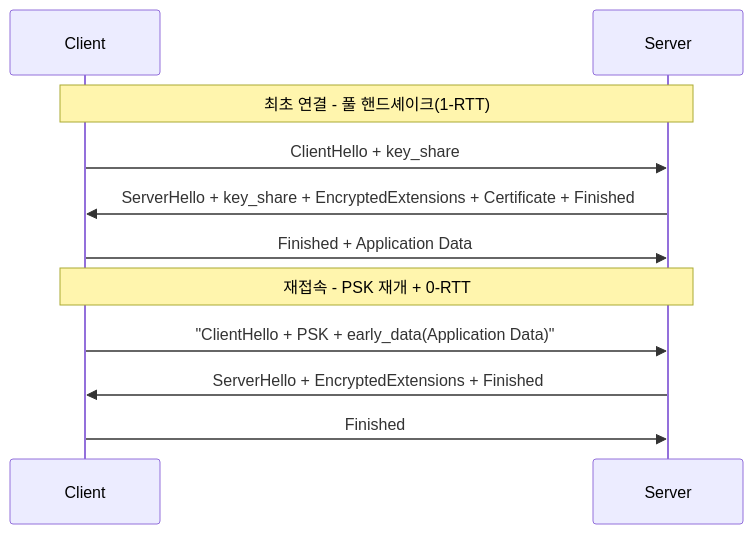
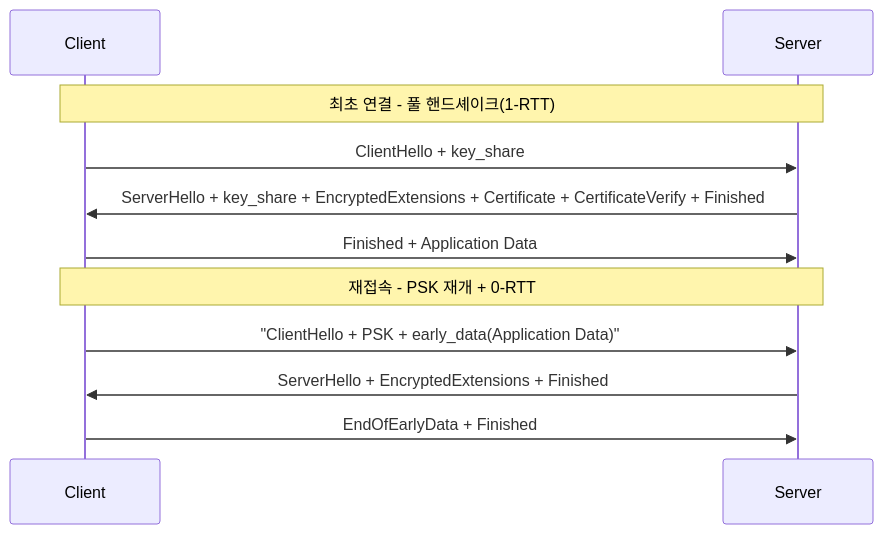
One commit to 42jerrykim/42jerrykim.github.io changed the diagram in content/collection/optimization-10-network/17-tls-ssl-optimization/index.md. Above: the diagram before and after it, drawn with Mermaid. The commit also changed other lines of this file and 1 other file, not shown here.

````diff
--- a/content/collection/optimization-10-network/17-tls-ssl-optimization/index.md
+++ b/content/collection/optimization-10-network/17-tls-ssl-optimization/index.md
@@ -78,13 +76,13 @@
 ```mermaid
 sequenceDiagram
   participant Client
   participant Server
   Note over Client,Server: 최초 연결 - 풀 핸드셰이크(1-RTT)
   Client->>Server: ClientHello + key_share
-  Server->>Client: ServerHello + key_share + EncryptedExtensions + Certificate + Finished
+  Server->>Client: ServerHello + key_share + EncryptedExtensions + Certificate + CertificateVerify + Finished
   Client->>Server: Finished + Application Data
   Note over Client,Server: 재접속 - PSK 재개 + 0-RTT
   Client->>Server: "ClientHello + PSK + early_data(Application Data)"
   Server->>Client: ServerHello + EncryptedExtensions + Finished
-  Client->>Server: Finished
+  Client->>Server: EndOfEarlyData + Finished
 ```
````
